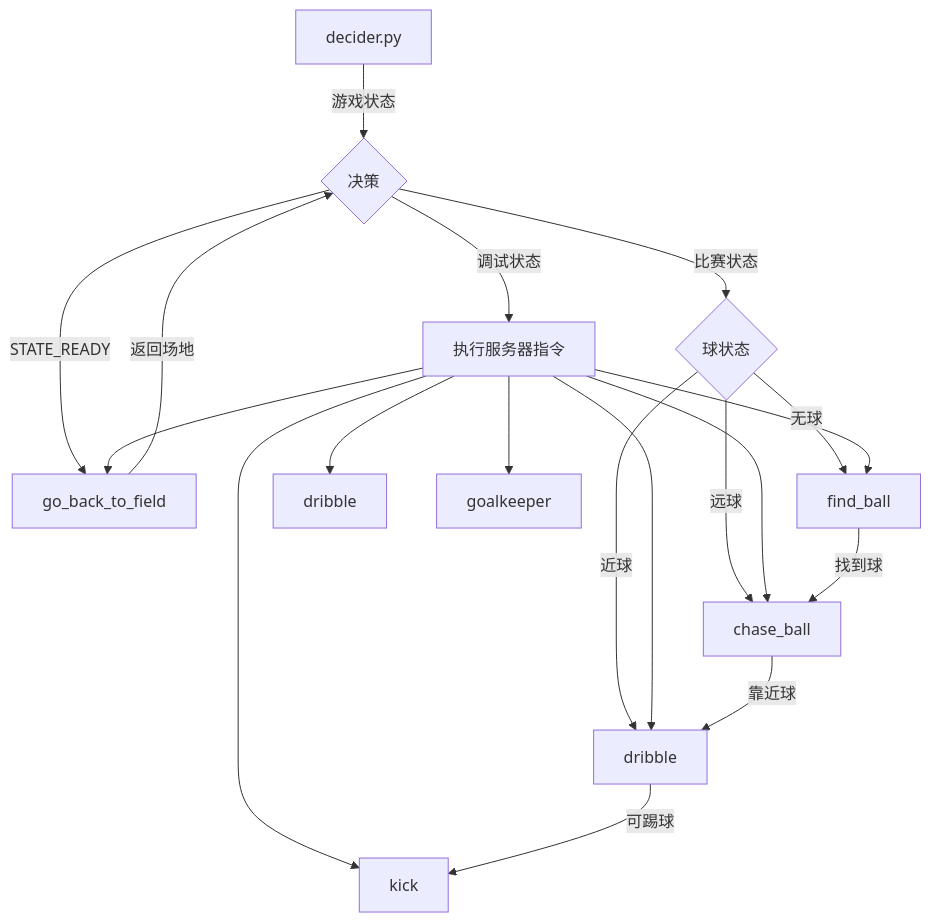
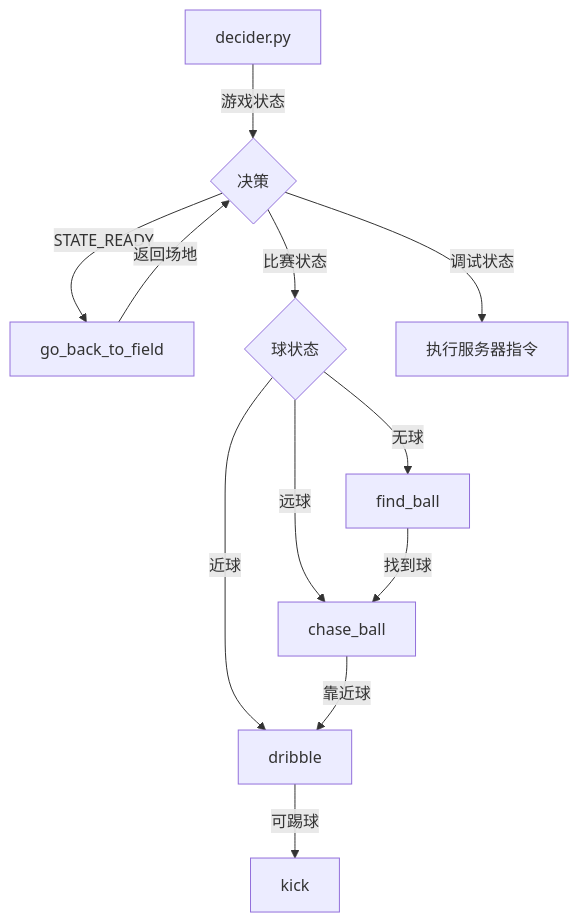
The third of 3 diagrams in decider/client/messages_and_statemachines/messages_and_statemachines.md (Horizonll/MOS-Brain), drawn with Mermaid before and after one commit. The commit also changed other lines of this file, not shown here.

````diff
--- a/decider/client/messages_and_statemachines/messages_and_statemachines.md
+++ b/decider/client/messages_and_statemachines/messages_and_statemachines.md
@@ -249,22 +180,15 @@
 ```mermaid
 graph TD
     A[decider.py] -->|游戏状态| B{决策}
     B -->|STATE_READY| C[go_back_to_field]
     B -->|比赛状态| D{球状态}
     D -->|无球| E[find_ball]
     D -->|远球| F[chase_ball]
     D -->|近球| G[dribble]
     B -->|调试状态| H[执行服务器指令]
-    H --> C
-    H --> E
-    H --> F
-    H --> G
-    H --> I[kick]
-    H --> J[dribble]
-    H --> K[goalkeeper]
     
     F -->|靠近球| G
     E -->|找到球| F
-    G -->|可踢球| I
+    G -->|可踢球| I[kick]
     C -->|返回场地| B
 ```
````
